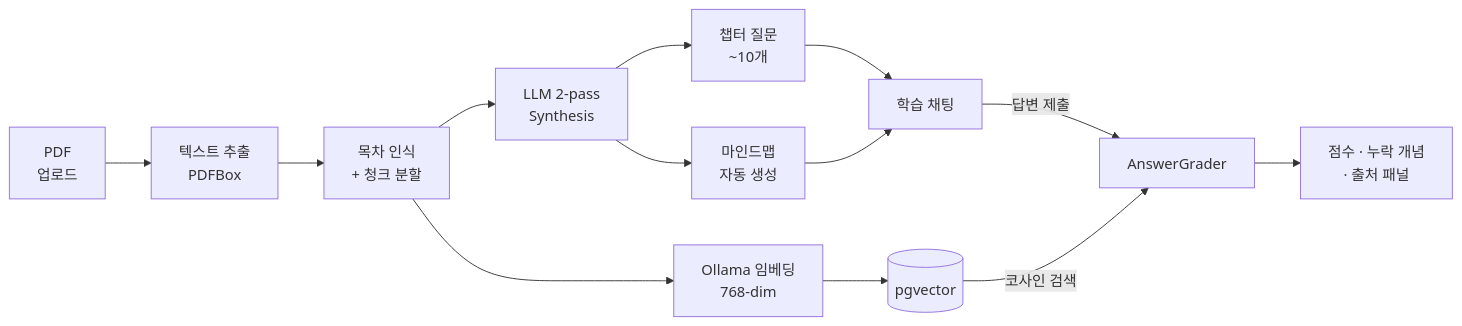
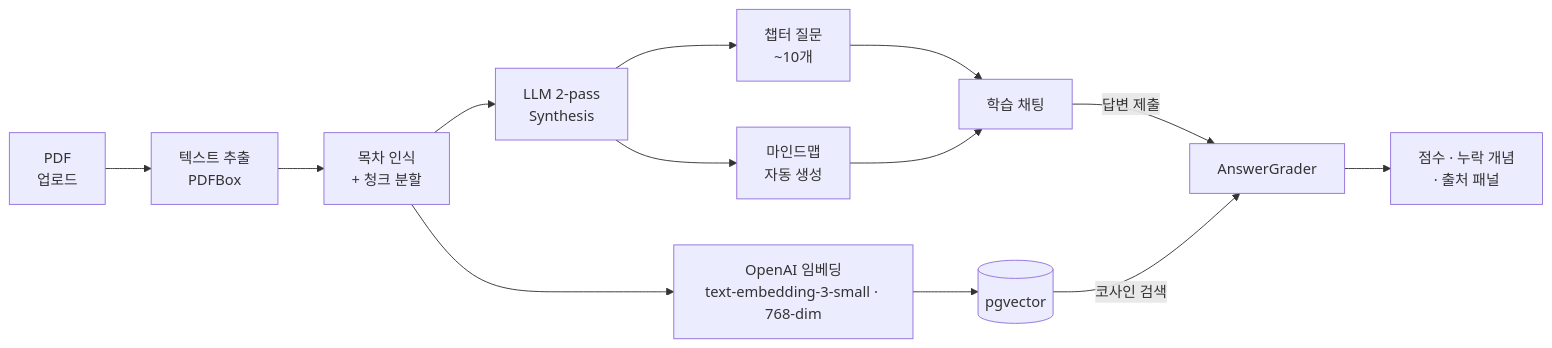
One commit to hsm1020s/DevLearn_FE changed the third of 4 diagrams in README.md. Above: the diagram before and after it, drawn with Mermaid. The commit also changed other lines of this file, not shown here.

First line of the commit message:
docs(readme): 임베딩 모델을 OpenAI로 정정 + 파이프라인 LLM 정책 명시

````diff
--- a/README.md
+++ b/README.md
@@ -443,17 +444,17 @@
 ```mermaid
 flowchart LR
     PDF["PDF<br/>업로드"] --> I1["텍스트 추출<br/>PDFBox"]
     I1 --> I2["목차 인식<br/>+ 청크 분할"]
-    I2 --> I3["Ollama 임베딩<br/>768-dim"]
+    I2 --> I3["OpenAI 임베딩<br/>text-embedding-3-small · 768-dim"]
     I3 --> V[("pgvector")]
 
     I2 --> S1["LLM 2-pass<br/>Synthesis"]
     S1 --> Q["챕터 질문<br/>~10개"]
     S1 --> M["마인드맵<br/>자동 생성"]
 
     Q --> CHAT["학습 채팅"]
     M --> CHAT
     CHAT -->|답변 제출| G["AnswerGrader"]
     V -->|코사인 검색| G
     G --> R["점수 · 누락 개념<br/>· 출처 패널"]
 ```
````
